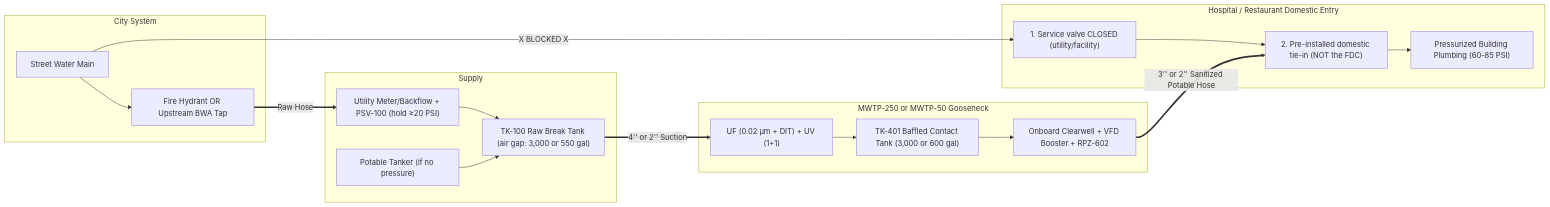
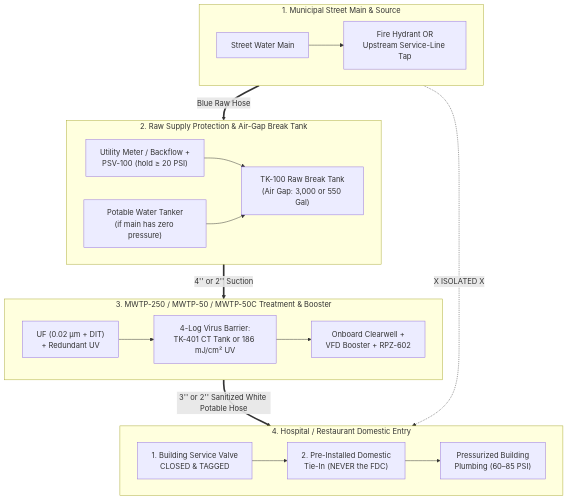
One commit to jefrix/ameripro changed the diagram in mwt/MWTP_250_Hospital_Restaurant_Tie_In_SOP.md. Above: the diagram before and after it, drawn with Mermaid. The commit also changed 9 other files, not shown here.

````diff
--- a/mwt/MWTP_250_Hospital_Restaurant_Tie_In_SOP.md
+++ b/mwt/MWTP_250_Hospital_Restaurant_Tie_In_SOP.md
@@ -74,35 +74,30 @@
 ```mermaid
-flowchart LR
-    subgraph City["City System"]
-        CM["Street Water Main"]
-        HYD["Fire Hydrant OR Upstream BWA Tap"]
-        CM --> HYD
+flowchart TB
+    subgraph City["1. Municipal Street Main & Source"]
+        direction LR
+        CM["Street Water Main"] --> HYD["Fire Hydrant OR<br/>Upstream Service-Line Tap"]
     end
 
-    subgraph Supply["Supply"]
-        PSV["Utility Meter/Backflow + PSV-100 (hold ≥20 PSI)"]
-        TK100["TK-100 Raw Break Tank (air gap: 3,000 or 550 gal)"]
-        TANKER["Potable Tanker (if no pressure)"]
-        PSV --> TK100
-        TANKER --> TK100
+    subgraph Supply["2. Raw Supply Protection & Air-Gap Break Tank"]
+        direction LR
+        PSV["Utility Meter / Backflow +<br/>PSV-100 (hold ≥ 20 PSI)"] --> TK100["TK-100 Raw Break Tank<br/>(Air Gap: 3,000 or 550 Gal)"]
+        TANKER["Potable Water Tanker<br/>(if main has zero pressure)"] --> TK100
     end
 
-    subgraph Trailer["MWTP-250 or MWTP-50 Gooseneck"]
-        TREAT["UF (0.02 μm + DIT) + UV (1+1)"]
-        CT["TK-401 Baffled Contact Tank (3,000 or 600 gal)"]
-        BOOST["Onboard Clearwell + VFD Booster + RPZ-602"]
-        TREAT --> CT --> BOOST
+    subgraph Trailer["3. MWTP-250 / MWTP-50 / MWTP-50C Treatment & Booster"]
+        direction LR
+        TREAT["UF (0.02 μm + DIT)<br/>+ Redundant UV"] --> CT["4-Log Virus Barrier:<br/>TK-401 CT Tank or 186 mJ/cm² UV"]
+        CT --> BOOST["Onboard Clearwell +<br/>VFD Booster + RPZ-602"]
     end
 
-    subgraph Facility["Hospital / Restaurant Domestic Entry"]
-        V_ISO["1. Service valve CLOSED (utility/facility)"]
-        PORT["2. Pre-installed domestic tie-in (NOT the FDC)"]
-        DIST["Pressurized Building Plumbing (60-85 PSI)"]
-        CM -- "X BLOCKED X" --> V_ISO
-        V_ISO --> PORT --> DIST
+    subgraph Facility["4. Hospital / Restaurant Domestic Entry"]
+        direction LR
+        V_ISO["1. Building Service Valve<br/>CLOSED & TAGGED"] --> PORT["2. Pre-Installed Domestic<br/>Tie-In (NEVER the FDC)"]
+        PORT --> DIST["Pressurized Building<br/>Plumbing (60–85 PSI)"]
     end
 
-    HYD == "Raw Hose" ==> PSV
+    HYD == "Blue Raw Hose" ==> PSV
+    CM -. "X ISOLATED X" .-> V_ISO
     TK100 == "4'' or 2'' Suction" ==> TREAT
-    BOOST == "3'' or 2'' Sanitized Potable Hose" ==> PORT
+    BOOST == "3'' or 2'' Sanitized White Potable Hose" ==> PORT
 ```
````
